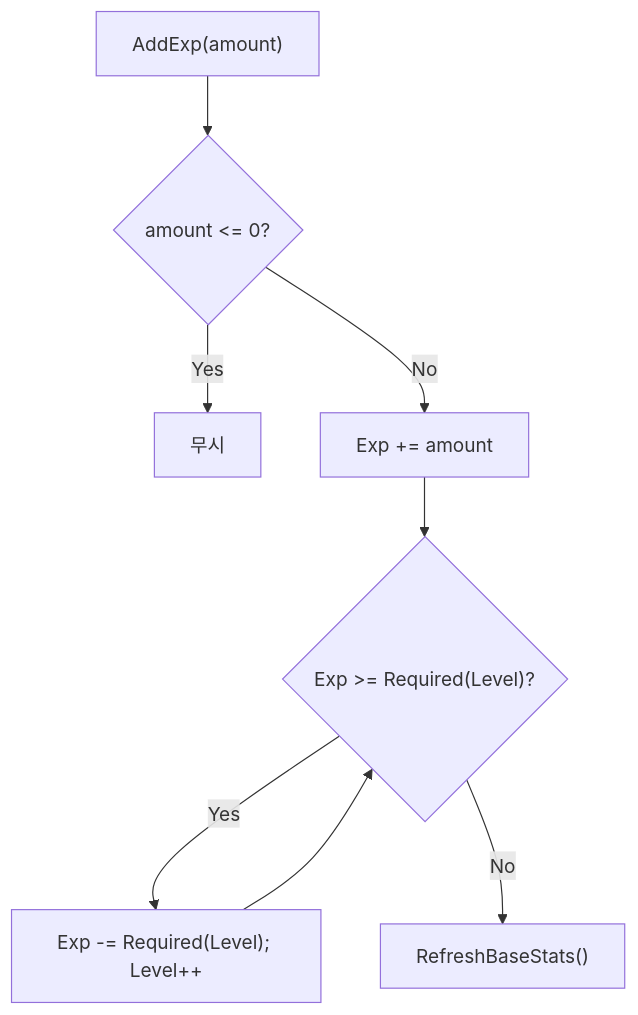
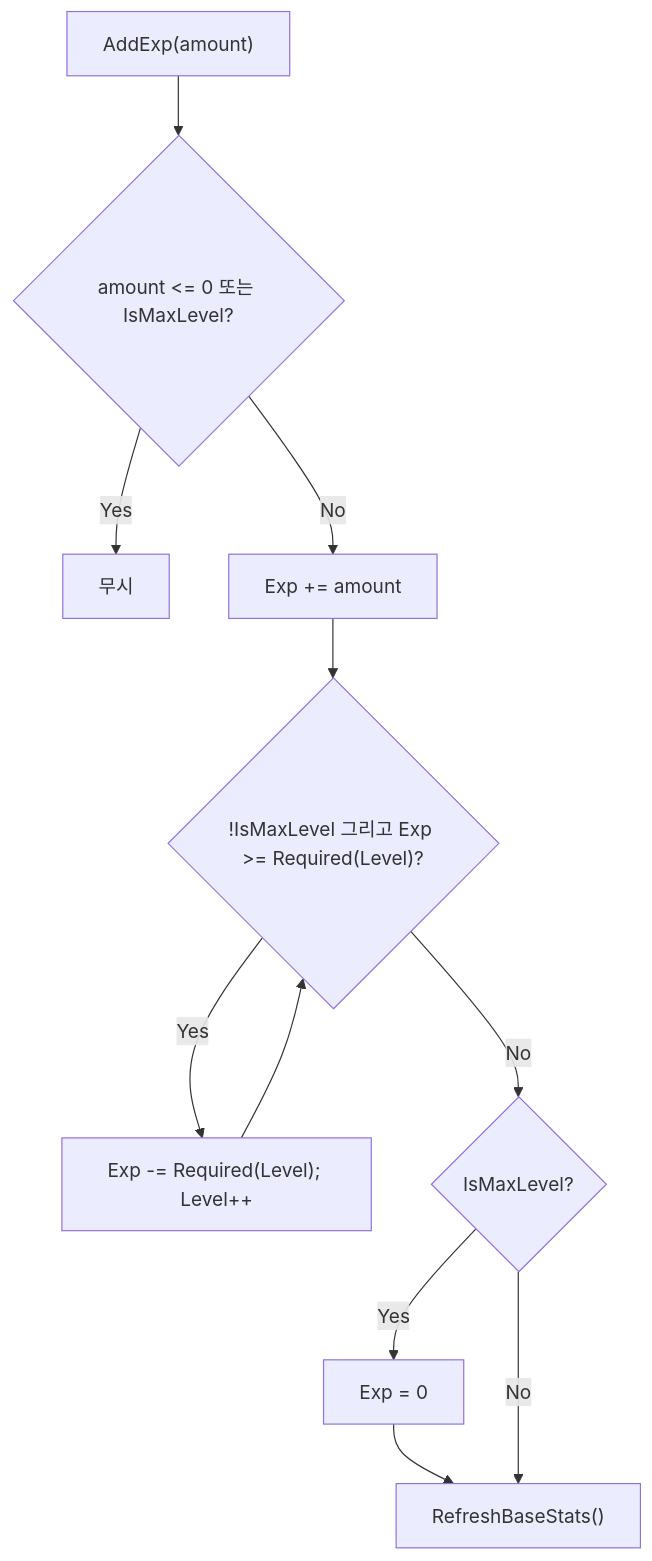
The second of 3 diagrams in docs/specs/player/progression.md (hanwoolhanwool/Idle-Game), drawn with Mermaid before and after one commit. The commit also changed other lines of this file and 3 other files, not shown here.

````diff
--- a/docs/specs/player/progression.md
+++ b/docs/specs/player/progression.md
@@ -81,10 +101,13 @@
 ```mermaid
 flowchart TD
-    A["AddExp(amount)"] --> B{"amount <= 0?"}
+    A["AddExp(amount)"] --> B{"amount <= 0 또는 IsMaxLevel?"}
     B -- Yes --> Z["무시"]
     B -- No --> C["Exp += amount"]
-    C --> D{"Exp >= Required(Level)?"}
+    C --> D{"!IsMaxLevel 그리고 Exp >= Required(Level)?"}
     D -- Yes --> E["Exp -= Required(Level); Level++"]
     E --> D
-    D -- No --> F["RefreshBaseStats()"]
+    D -- No --> F{"IsMaxLevel?"}
+    F -- Yes --> G["Exp = 0"]
+    G --> H["RefreshBaseStats()"]
+    F -- No --> H
 ```
````
